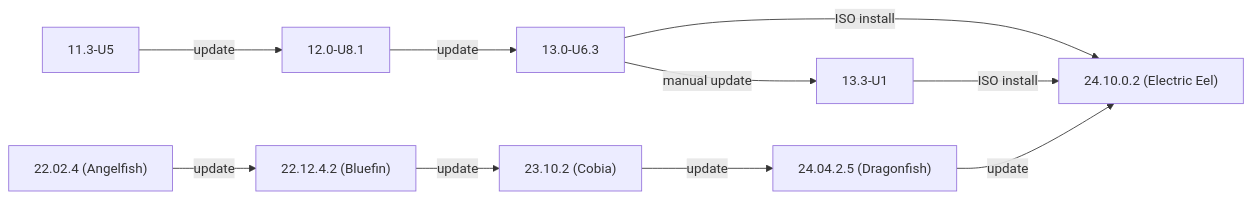
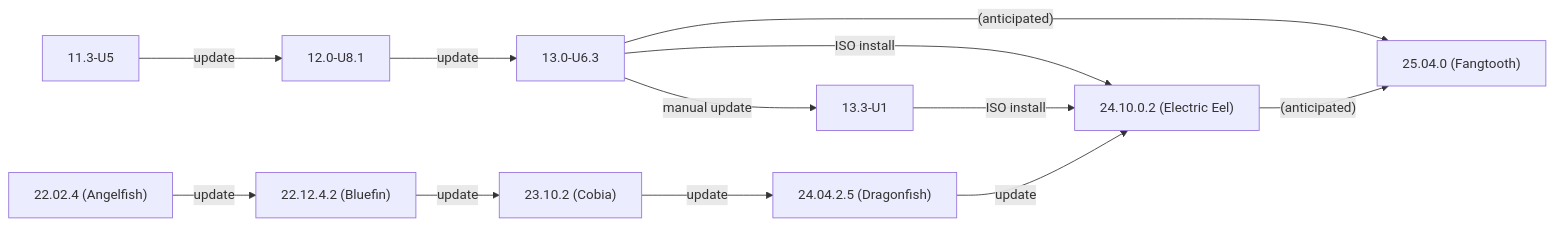
The first of 2 diagrams in static/includes/SCALEUpgradePaths.md (truenas/documentation), drawn with Mermaid before and after one commit. The commit also changed other lines of this file, not shown here.

```diff
--- a/static/includes/SCALEUpgradePaths.md
+++ b/static/includes/SCALEUpgradePaths.md
@@ -49,13 +49,15 @@
           {{< mermaid class="mermaid_sizing" >}}
           flowchart LR
             A["11.3-U5"] -->|update| B["12.0-U8.1"]
             B -->|update| C["13.0-U6.3"]
             C -->|manual update| E
             C -->|ISO install| I
+            C -->|"(anticipated)"| J
             D["22.02.4 (Angelfish)"] -->|update| F
             E["13.3-U1"] -->|ISO install| I
             F["22.12.4.2 (Bluefin)"] -->|update| G
             G["23.10.2 (Cobia)"] -->|update| H
             H["24.04.2.5 (Dragonfish)"] -->|update| I
-            I["24.10.0.2 (Electric Eel)"]
+            I["24.10.0.2 (Electric Eel)"] -->|"(anticipated)"| J
+            J["25.04.0 (Fangtooth)"]
           {{< /mermaid >}}
```
